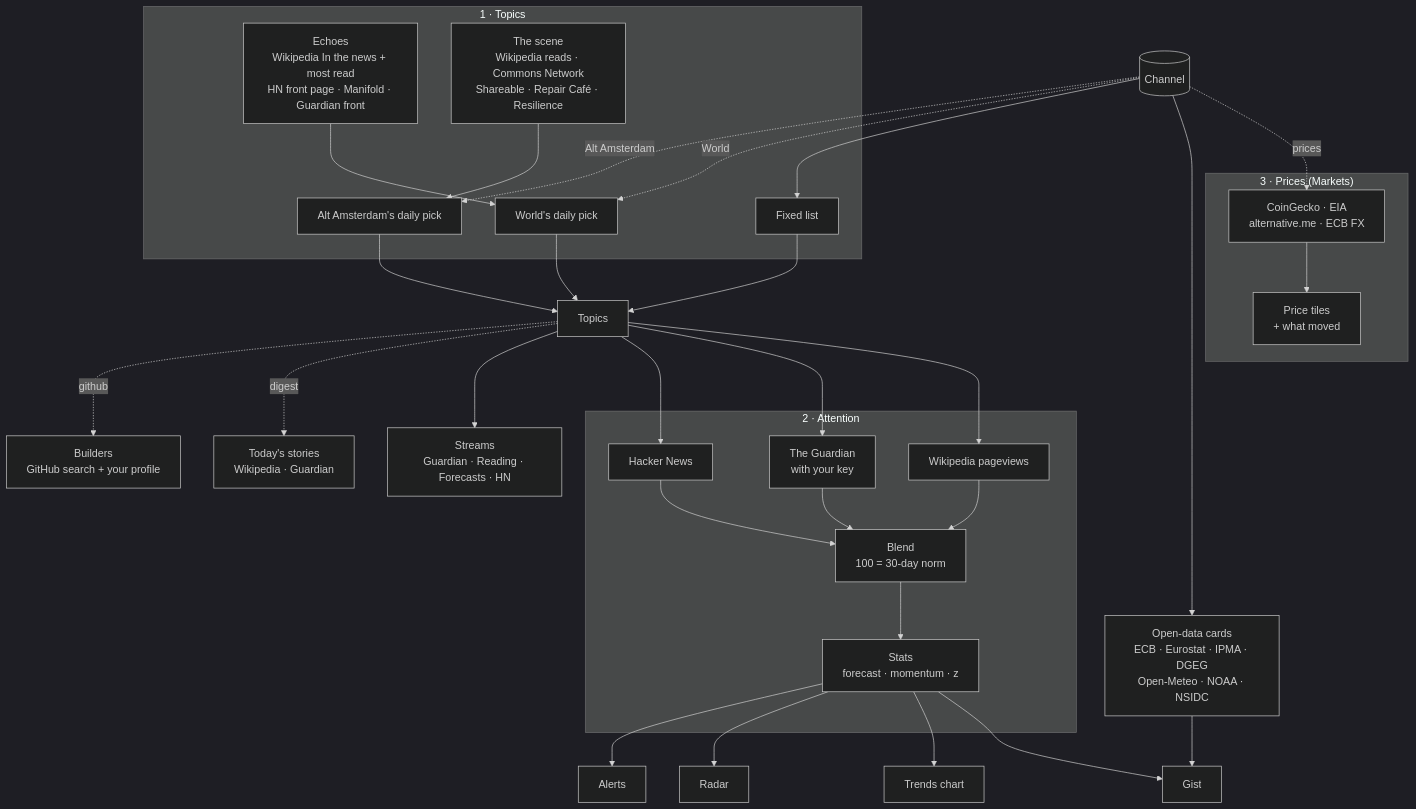
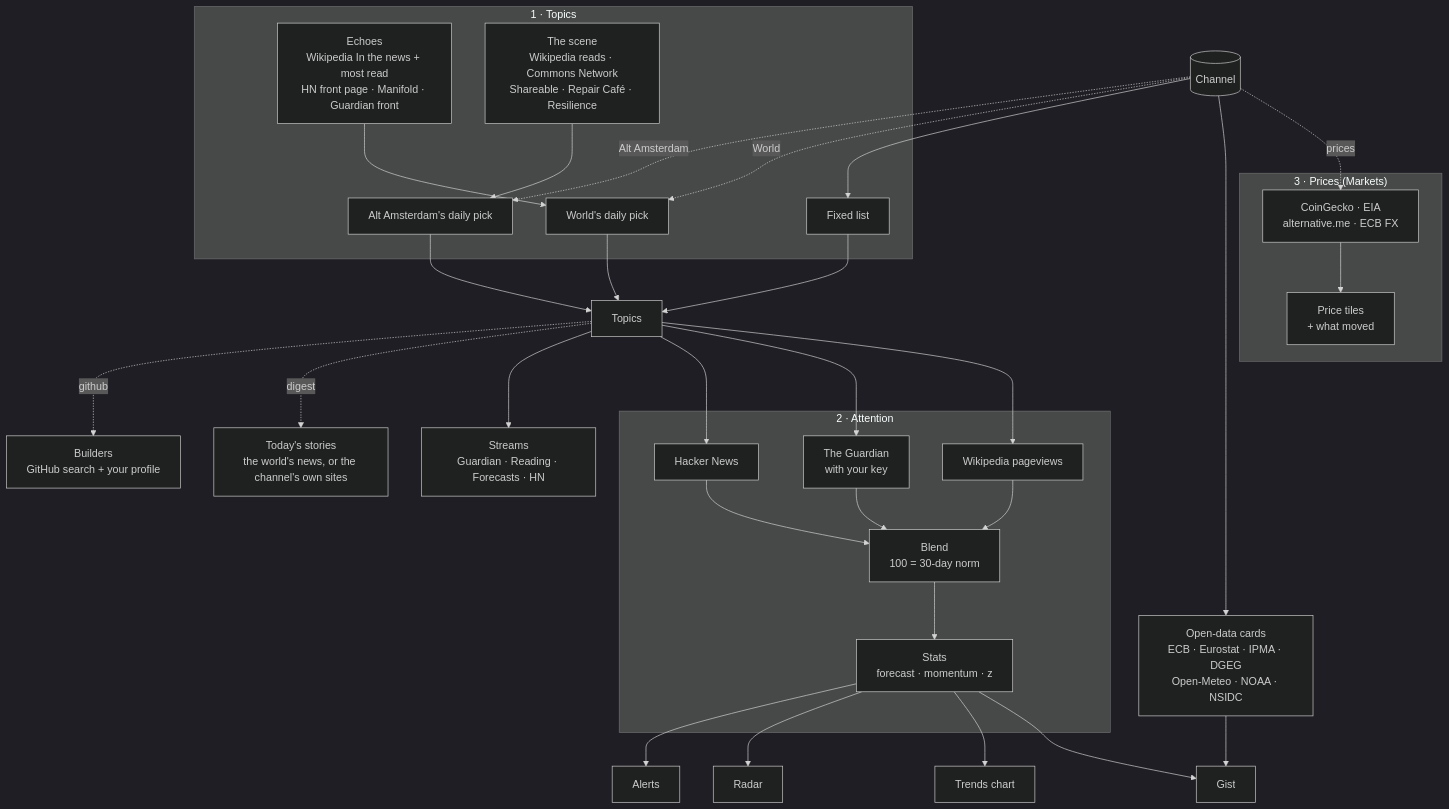
The diagram in README.md (alex-quiterio/precog-trend-radar), drawn with Mermaid (dark theme) before and after one commit. The commit also changed other lines of this file and 10 other files, not shown here.

First line of the commit message:
feat: Today's stories on TGS, the Marginalian, Portugal and Alt Amsterdam, each from its own sources

````diff
--- a/README.md
+++ b/README.md
@@ -164,30 +176,30 @@
 ```mermaid
 flowchart TB
   CH[(Channel)]
 
   subgraph P1["1 · Topics"]
     FX["Fixed list"]
     EC["Echoes<br/>Wikipedia In the news + most read<br/>HN front page · Manifold · Guardian front"] --> HP["World's daily pick"]
     SC["The scene<br/>Wikipedia reads · Commons Network<br/>Shareable · Repair Café · Resilience"] --> SP["Alt Amsterdam's daily pick"]
   end
   CH --> FX
   CH -. World .-> HP
   CH -. Alt Amsterdam .-> SP
   FX & HP & SP --> T["Topics"]
 
   subgraph P2["2 · Attention"]
     W["Wikipedia pageviews"] & G["The Guardian<br/>with your key"] & H["Hacker News"] --> B["Blend<br/>100 = 30-day norm"] --> S["Stats<br/>forecast · momentum · z"]
   end
   T --> W & G & H
   S --> GI["Gist"] & TR["Trends chart"] & RA["Radar"] & AL["Alerts"]
 
   subgraph P3["3 · Prices (Markets)"]
     PR["CoinGecko · EIA<br/>alternative.me · ECB FX"] --> PT["Price tiles<br/>+ what moved"]
   end
   CH -. prices .-> PR
 
   CH --> CA["Open-data cards<br/>ECB · Eurostat · IPMA · DGEG<br/>Open-Meteo · NOAA · NSIDC"] --> GI
   T --> ST["Streams<br/>Guardian · Reading · Forecasts · HN"]
-  T -. digest .-> DG["Today's stories<br/>Wikipedia · Guardian"]
+  T -. digest .-> DG["Today's stories<br/>the world's news, or the channel's own sites"]
   T -. github .-> GH["Builders<br/>GitHub search + your profile"]
 ```
````
